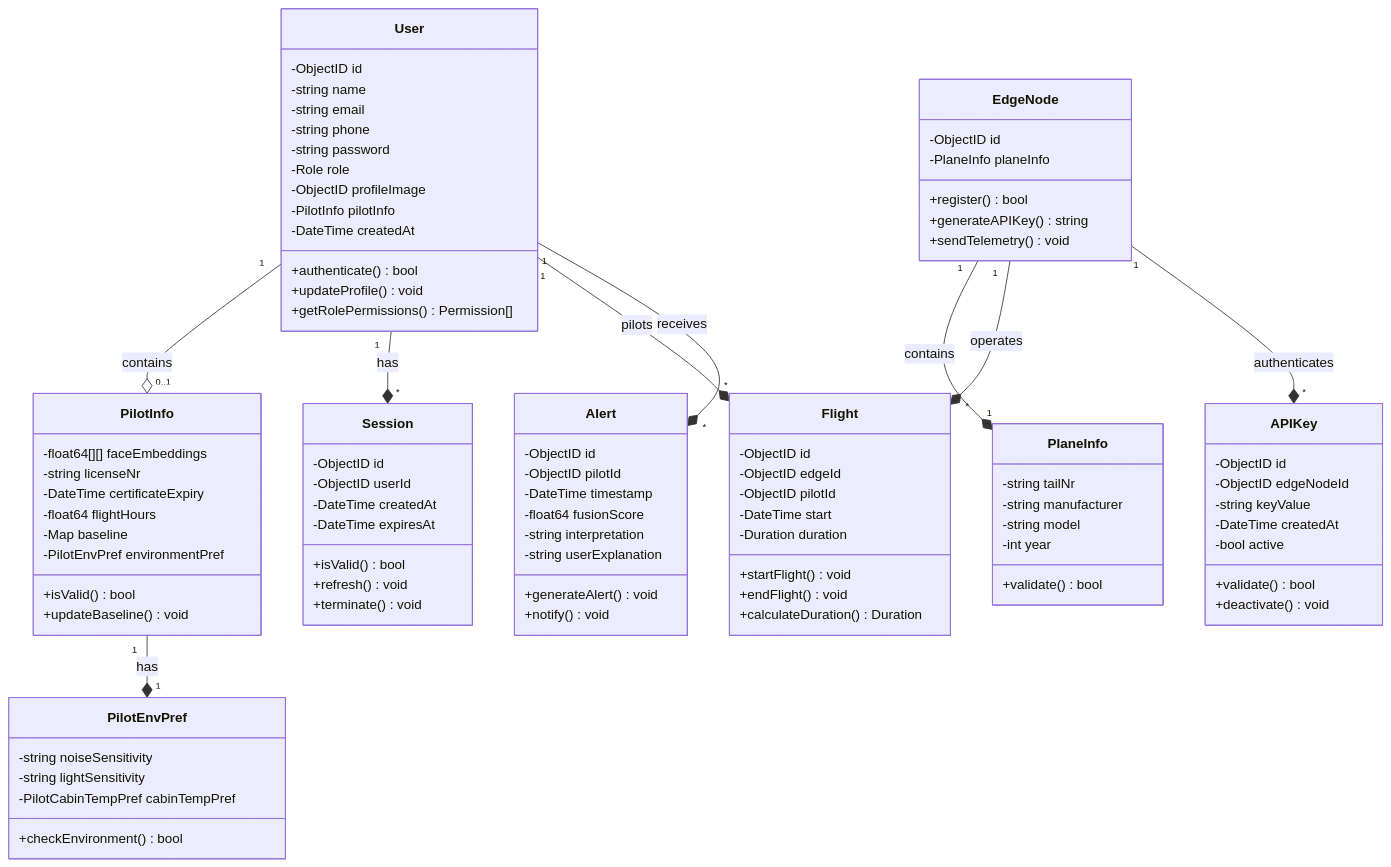
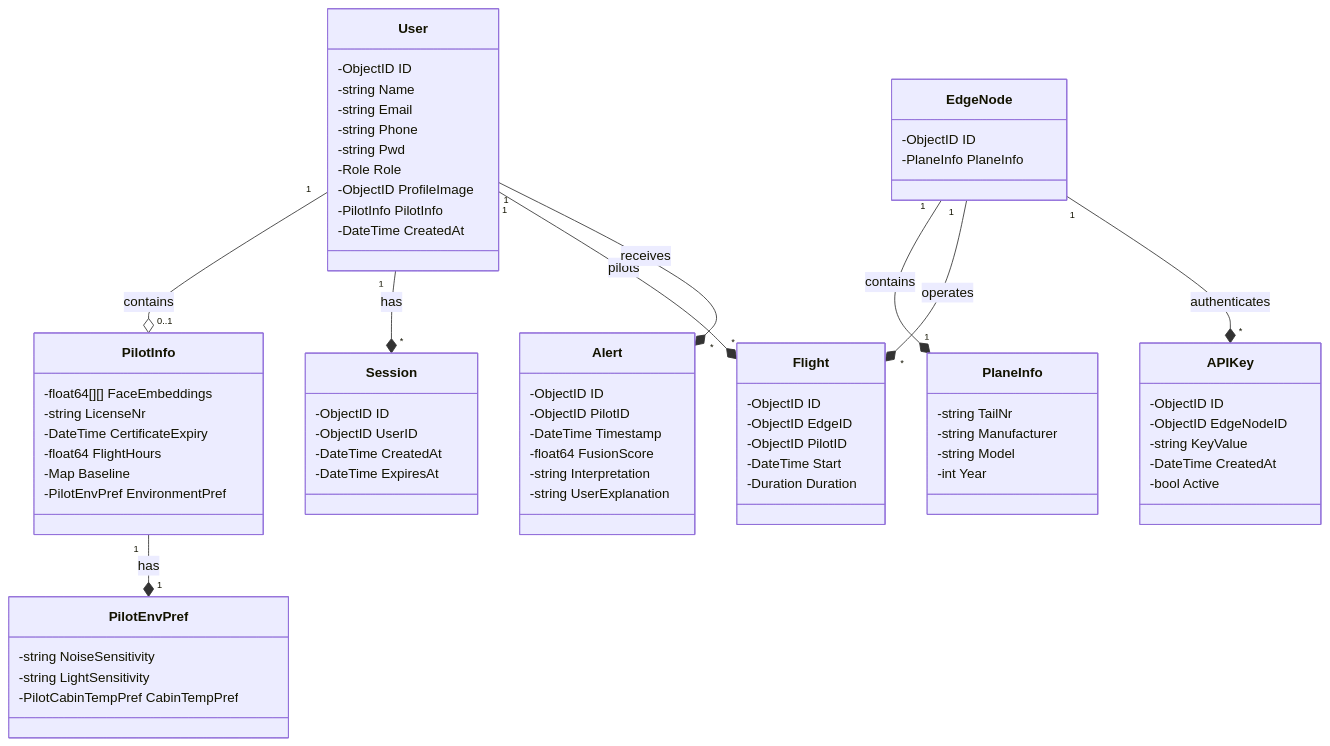
One commit to RoundRobinHood/cogniflight-cloud changed the first of 4 diagrams in docs/Create PTA-Aviation_Project_SEN381_task1.md. Above: the diagram before and after it, drawn with Mermaid. The commit also changed other lines of this file, not shown here.

````diff
--- a/docs/Create PTA-Aviation_Project_SEN381_task1.md
+++ b/docs/Create PTA-Aviation_Project_SEN381_task1.md
@@ -84,94 +85,74 @@
 ```mermaid
 classDiagram
     class User {
-        -ObjectID id
-        -string name
-        -string email
-        -string phone
-        -string password
-        -Role role
-        -ObjectID profileImage
-        -PilotInfo pilotInfo
-        -DateTime createdAt
-        +authenticate() bool
-        +updateProfile() void
-        +getRolePermissions() Permission[]
+        -ObjectID ID
+        -string Name
+        -string Email
+        -string Phone
+        -string Pwd
+        -Role Role
+        -ObjectID ProfileImage
+        -PilotInfo PilotInfo
+        -DateTime CreatedAt
     }
 
     class PilotInfo {
-        -float64[][] faceEmbeddings
-        -string licenseNr
-        -DateTime certificateExpiry
-        -float64 flightHours
-        -Map baseline
-        -PilotEnvPref environmentPref
-        +isValid() bool
-        +updateBaseline() void
+        -float64[][] FaceEmbeddings
+        -string LicenseNr
+        -DateTime CertificateExpiry
+        -float64 FlightHours
+        -Map Baseline
+        -PilotEnvPref EnvironmentPref
     }
 
     class PilotEnvPref {
-        -string noiseSensitivity
-        -string lightSensitivity
-        -PilotCabinTempPref cabinTempPref
-        +checkEnvironment() bool
+        -string NoiseSensitivity
+        -string LightSensitivity
+        -PilotCabinTempPref CabinTempPref
     }
 
     class EdgeNode {
-        -ObjectID id
-        -PlaneInfo planeInfo
-        +register() bool
-        +generateAPIKey() string
-        +sendTelemetry() void
+        -ObjectID ID
+        -PlaneInfo PlaneInfo
     }
 
     class PlaneInfo {
-        -string tailNr
-        -string manufacturer
-        -string model
-        -int year
-        +validate() bool
+        -string TailNr
+        -string Manufacturer
+        -string Model
+        -int Year
     }
 
     class Flight {
-        -ObjectID id
-        -ObjectID edgeId
-        -ObjectID pilotId
-        -DateTime start
-        -Duration duration
-        +startFlight() void
-        +endFlight() void
-        +calculateDuration() Duration
+        -ObjectID ID
+        -ObjectID EdgeID
+        -ObjectID PilotID
+        -DateTime Start
+        -Duration Duration
     }
 
     class Alert {
-        -ObjectID id
-        -ObjectID pilotId
-        -DateTime timestamp
-        -float64 fusionScore
-        -string interpretation
-        -string userExplanation
-        +generateAlert() void
-        +notify() void
+        -ObjectID ID
+        -ObjectID PilotID
+        -DateTime Timestamp
+        -float64 FusionScore
+        -string Interpretation
+        -string UserExplanation
     }
 
     class Session {
-        -ObjectID id
-        -ObjectID userId
-        -DateTime createdAt
-        -DateTime expiresAt
-        +isValid() bool
-        +refresh() void
-        +terminate() void
+        -ObjectID ID
+        -ObjectID UserID
+        -DateTime CreatedAt
+        -DateTime ExpiresAt
     }
 
     class APIKey {
-        -ObjectID id
-        -ObjectID edgeNodeId
-        -string keyValue
-        -DateTime createdAt
-        -bool active
-        +validate() bool
-        +deactivate() void
+        -ObjectID ID
+        -ObjectID EdgeNodeID
+        -string KeyValue
+        -DateTime CreatedAt
+        -bool Active
     }
 
     User "1" --o "0..1" PilotInfo : contains
````
